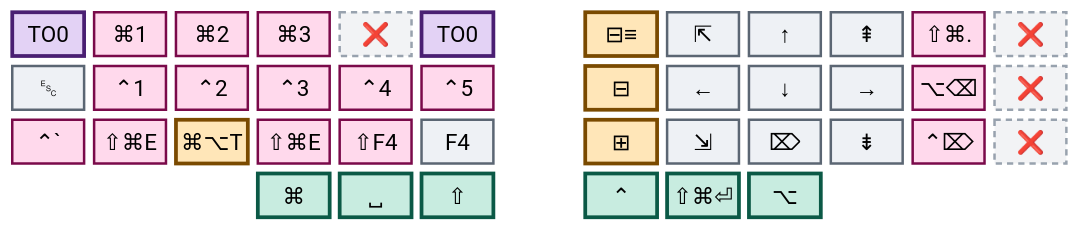
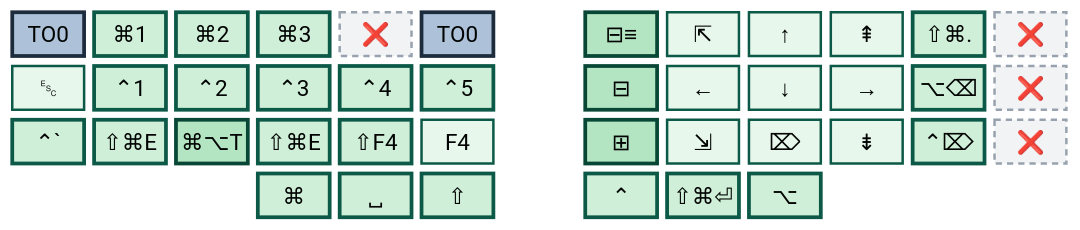
Before and after one commit to abloch/zmk-corne: the third of 6 diagrams in README.md, drawn with Mermaid. The commit also changed other lines of this file, not shown here.

````diff
--- a/README.md
+++ b/README.md
@@ -131,24 +126,22 @@
 ```mermaid
-%%{init: {'theme':'base','themeVariables':{'primaryColor':'#eef1f5','primaryTextColor':'#0b0f14','primaryBorderColor':'#5b6673','nodeTextColor':'#0b0f14','textColor':'#0b0f14','mainBkg':'#eef1f5','fontSize':'18px'}}}%%
+%%{init: {'theme':'base','themeVariables':{'primaryColor':'#e8f7ec','primaryTextColor':'#06241c','primaryBorderColor':'#0b5946','nodeTextColor':'#06241c','textColor':'#06241c','mainBkg':'#e8f7ec','fontSize':'18px'}}}%%
 block
 columns 13
 
   to0["TO0"] g1["⌘1"] g2["⌘2"] g3["⌘3"] x1["❌"] t0b["TO0"] space fa["⊟≡"] hom["⇱"] up["↑"] pgu["⇞"] emj["⇧⌘."] x2["❌"]
   esc["␛"] c1["⌃1"] c2["⌃2"] c3["⌃3"] c4["⌃4"] c5["⌃5"] space fo["⊟"] lft["←"] dn["↓"] rgt["→"] abs["⌥⌫"] x3["❌"]
   cgr["⌃` "] e1["⇧⌘E"] gat["⌘⌥T"] e2["⇧⌘E"] sf4["⇧F4"] f4["F4"] space uf["⊞"] endk["⇲"] del["⌦"] pgd["⇟"] cdl["⌃⌦"] x4["❌"]
   space:3 cmd["⌘"] spc["␣"] sft["⇧"] space ctl["⌃"] sen["⇧⌘⏎"] alt["⌥"] space:3
 
-  classDef chord fill:#ffd9ec,stroke:#7a0a4a,stroke-width:2px,color:#3a0523
-  classDef macro fill:#ffe6b8,stroke:#7a4a00,stroke-width:3px,color:#3a2200
-  classDef layerk fill:#e3d2f5,stroke:#4a1f72,stroke-width:3px,color:#240c39
-  classDef core fill:#eef1f5,stroke:#5b6673,stroke-width:2px,color:#0b0f14
-  classDef thumb fill:#c8ece0,stroke:#0b5946,stroke-width:3px,color:#06241c
+  classDef plain fill:#e8f7ec,stroke:#0b5946,stroke-width:2px,color:#06241c
+  classDef mod fill:#d0efd9,stroke:#0b5946,stroke-width:3px,color:#06241c
+  classDef seq fill:#b3e5c2,stroke:#084736,stroke-width:3px,color:#041a14
+  classDef goL0 fill:#adc2d8,stroke:#1d2c3d,stroke-width:3px,color:#060c12
   classDef dead fill:#f2f3f5,stroke:#98a2ae,stroke-width:2px,stroke-dasharray:5 4,color:#5b6673
 
-  class g1,g2,g3,c1,c2,c3,c4,c5,cgr,e1,e2,sf4,emj,abs,cdl chord
-  class gat,fa,fo,uf macro
-  class to0,t0b layerk
-  class esc,f4,hom,up,pgu,lft,dn,rgt,endk,del,pgd core
-  class cmd,spc,sft,ctl,sen,alt thumb
+  class esc,f4,hom,up,pgu,lft,dn,rgt,endk,del,pgd plain
+  class g1,g2,g3,c1,c2,c3,c4,c5,cgr,e1,e2,sf4,emj,abs,cdl,cmd,spc,sft,ctl,sen,alt mod
+  class gat,fa,fo,uf seq
+  class to0,t0b goL0
   class x1,x2,x3,x4 dead
 ```
````
